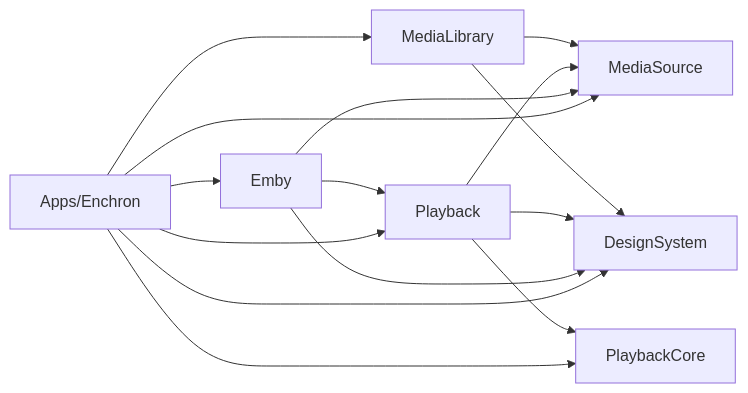
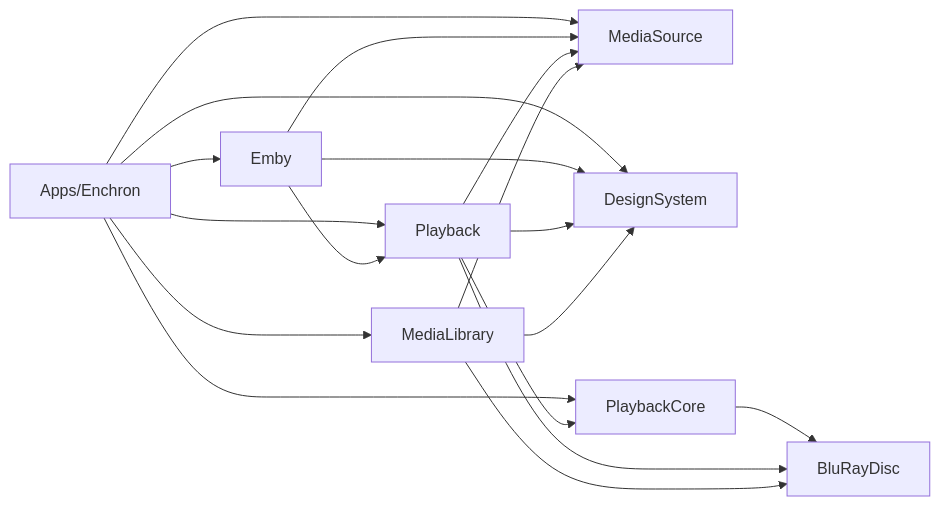
Before and after one commit to 1873663116/Enchron: the diagram in ARCHITECTURE.md, drawn with Mermaid. The commit also changed other lines of this file and 127 other files, not shown here.

First line of the commit message:
Add Blu-ray playlist browsing and playback

````diff
--- a/ARCHITECTURE.md
+++ b/ARCHITECTURE.md
@@ -40,25 +40,29 @@
 ```mermaid
 flowchart LR
     MediaSource["MediaSource"]
     DesignSystem["DesignSystem"]
     PlaybackCore["PlaybackCore"]
+    BluRayDisc["BluRayDisc"]
     MediaLibrary["MediaLibrary"]
     Playback["Playback"]
     Emby["Emby"]
     App["Apps/Enchron"]
 
     MediaLibrary --> MediaSource
     MediaLibrary --> DesignSystem
+    MediaLibrary --> BluRayDisc
     Playback --> MediaSource
     Playback --> DesignSystem
     Playback --> PlaybackCore
+    Playback --> BluRayDisc
+    PlaybackCore --> BluRayDisc
     Emby --> MediaSource
     Emby --> DesignSystem
     Emby --> Playback
     App --> MediaLibrary
     App --> Playback
     App --> Emby
     App --> MediaSource
     App --> DesignSystem
     App --> PlaybackCore
 ```
````
